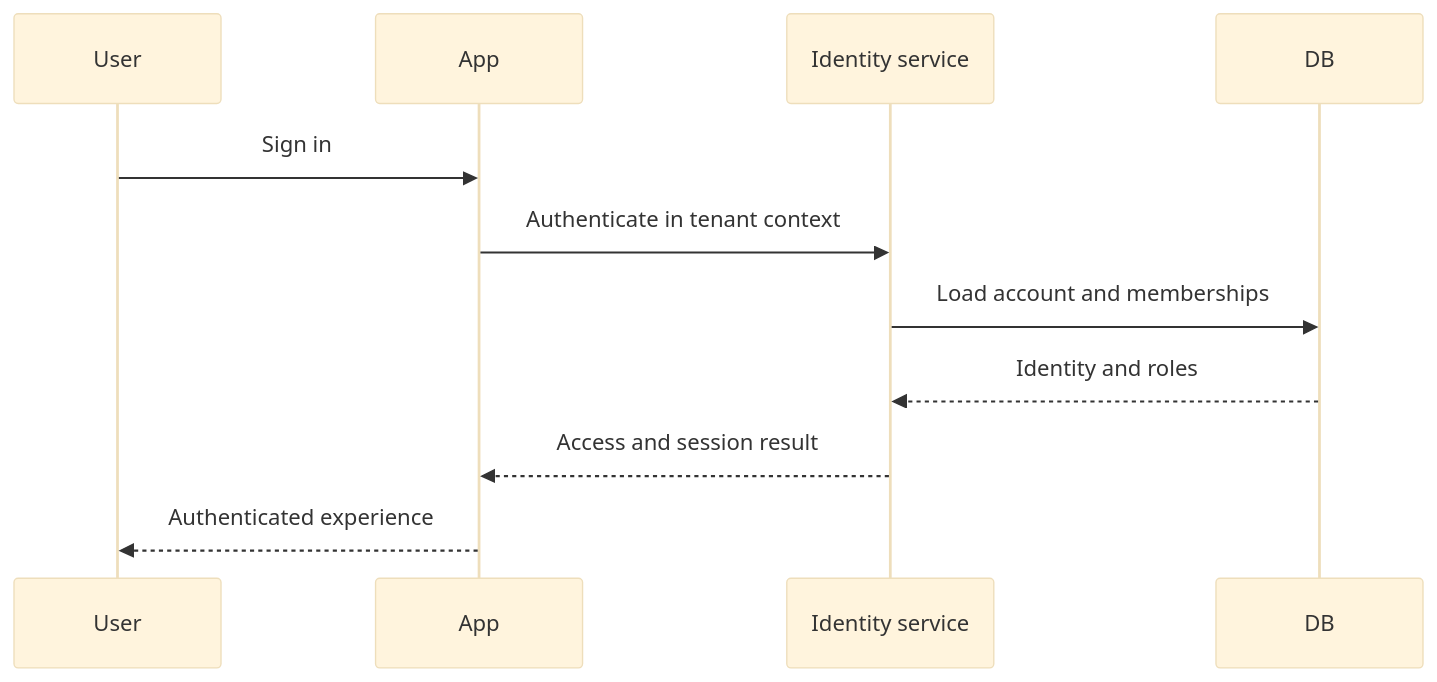
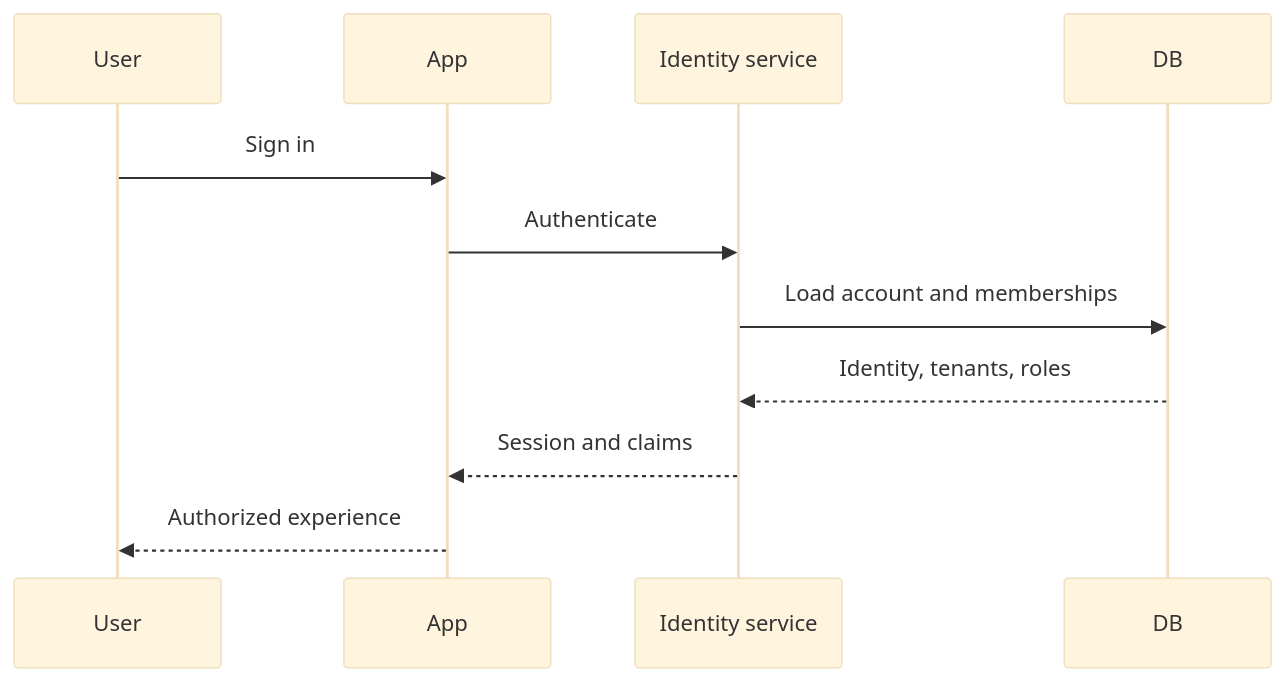
Before and after one commit to farismnrr/portofolio: the second of 3 diagrams in frontend/content/projects/multitenant-user-management.md, drawn with Mermaid (base theme). The commit also changed other lines of this file and 6 other files, not shown here.

````diff
--- a/frontend/content/projects/multitenant-user-management.md
+++ b/frontend/content/projects/multitenant-user-management.md
@@ -71,14 +82,14 @@
 ```mermaid
 sequenceDiagram
     participant User
     participant App
     participant Identity as Identity service
     participant DB
 
     User->>App: Sign in
-    App->>Identity: Authenticate in tenant context
+    App->>Identity: Authenticate
     Identity->>DB: Load account and memberships
-    DB-->>Identity: Identity and roles
-    Identity-->>App: Access and session result
-    App-->>User: Authenticated experience
+    DB-->>Identity: Identity, tenants, roles
+    Identity-->>App: Session and claims
+    App-->>User: Authorized experience
 ```
````
